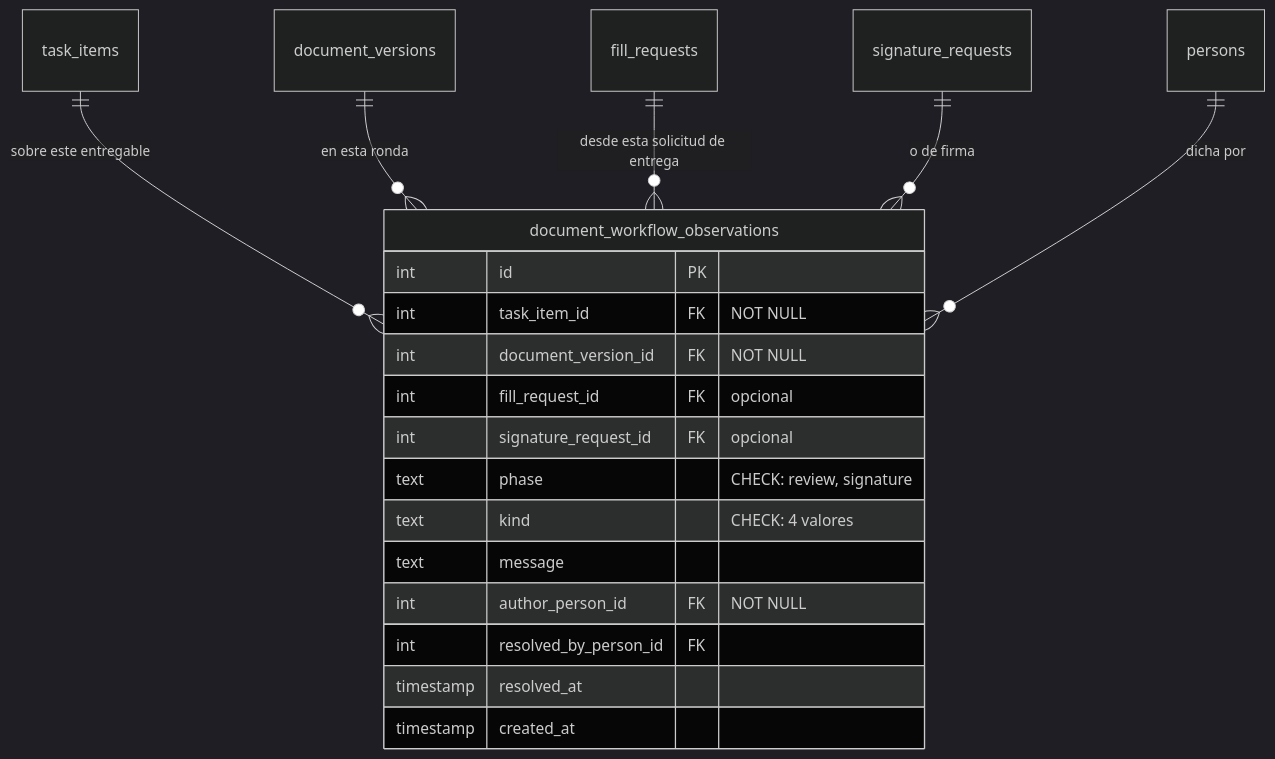
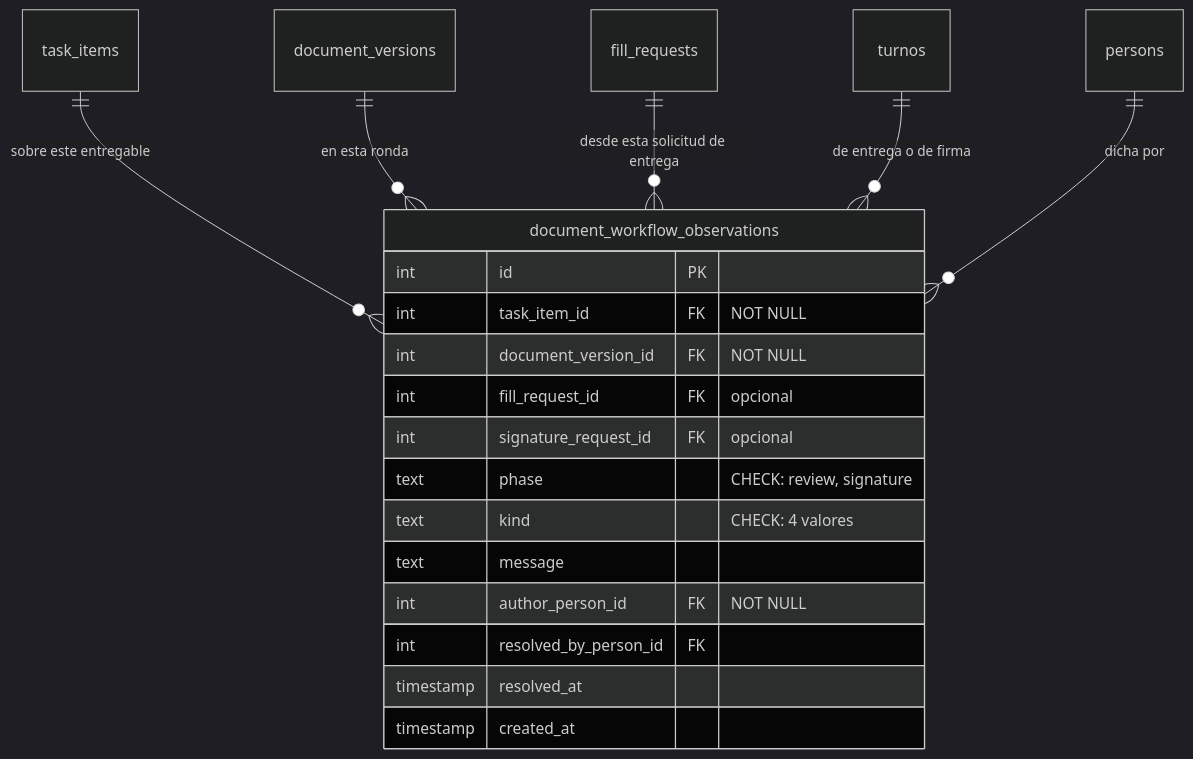
One commit to fresvel/deasy changed the diagram in docs/src/content/docs/modelo/cierre.md. Above: the diagram before and after it, drawn with Mermaid (dark theme). The commit also changed 50 other files, not shown here.

````diff
--- a/docs/src/content/docs/modelo/cierre.md
+++ b/docs/src/content/docs/modelo/cierre.md
@@ -55,23 +55,23 @@
 ```mermaid
 erDiagram
   task_items ||--o{ document_workflow_observations : "sobre este entregable"
   document_versions ||--o{ document_workflow_observations : "en esta ronda"
   fill_requests ||--o{ document_workflow_observations : "desde esta solicitud de entrega"
-  signature_requests ||--o{ document_workflow_observations : "o de firma"
+  turnos ||--o{ document_workflow_observations : "de entrega o de firma"
   persons ||--o{ document_workflow_observations : "dicha por"
 
   document_workflow_observations {
     int id PK
     int task_item_id FK "NOT NULL"
     int document_version_id FK "NOT NULL"
     int fill_request_id FK "opcional"
     int signature_request_id FK "opcional"
     text phase "CHECK: review, signature"
     text kind "CHECK: 4 valores"
     text message
     int author_person_id FK "NOT NULL"
     int resolved_by_person_id FK
     timestamp resolved_at
     timestamp created_at
   }
 ```
````
